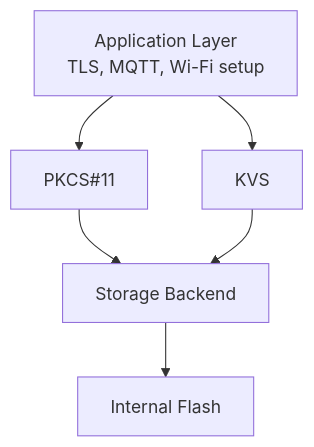
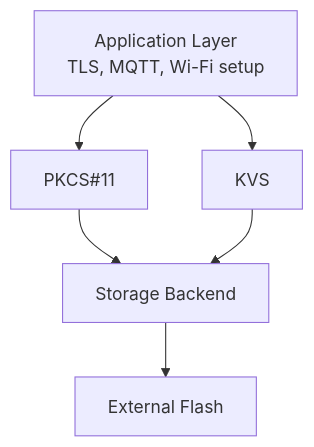
One commit to SlimJallouli/stm32n6570_dk_w6x_iot_reference changed the diagram in docs/software_components.md. Above: the diagram before and after it, drawn with Mermaid. The commit also changed other lines of this file and 2 other files, not shown here.

````diff
--- a/docs/software_components.md
+++ b/docs/software_components.md
@@ -36,8 +36,8 @@
 ```mermaid
 flowchart TD
     A[Application Layer<br/>TLS, MQTT, Wi-Fi setup] --> B[PKCS#11]
     A --> C[KVS]
     B --> D[Storage Backend]
     C --> D
-    D --> E[Internal Flash]
+    D --> E[External Flash]
 ```
````
